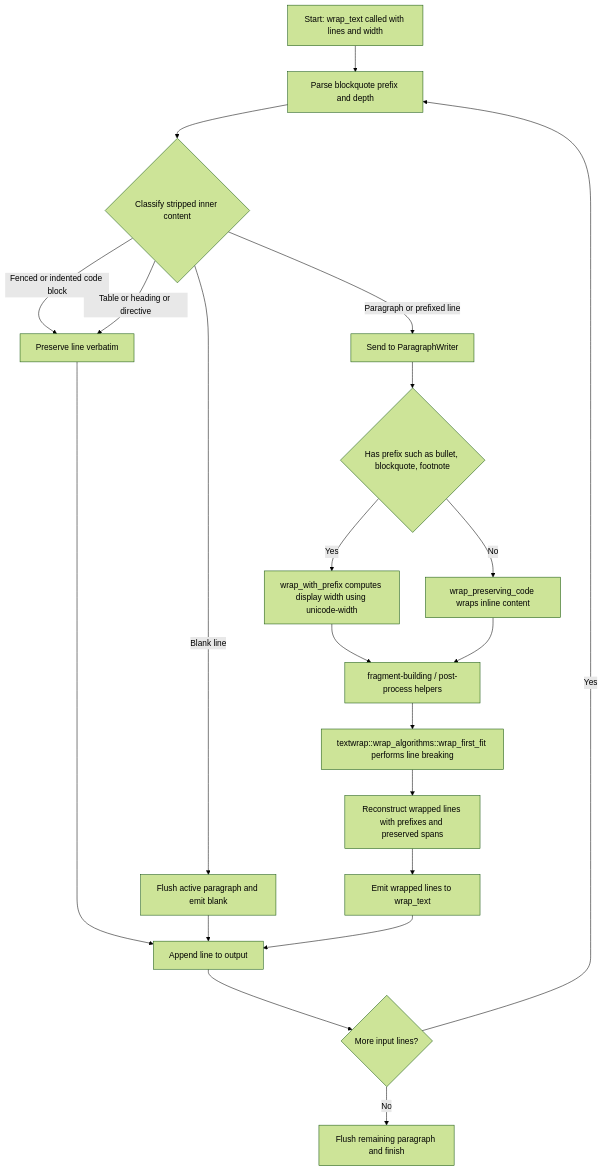
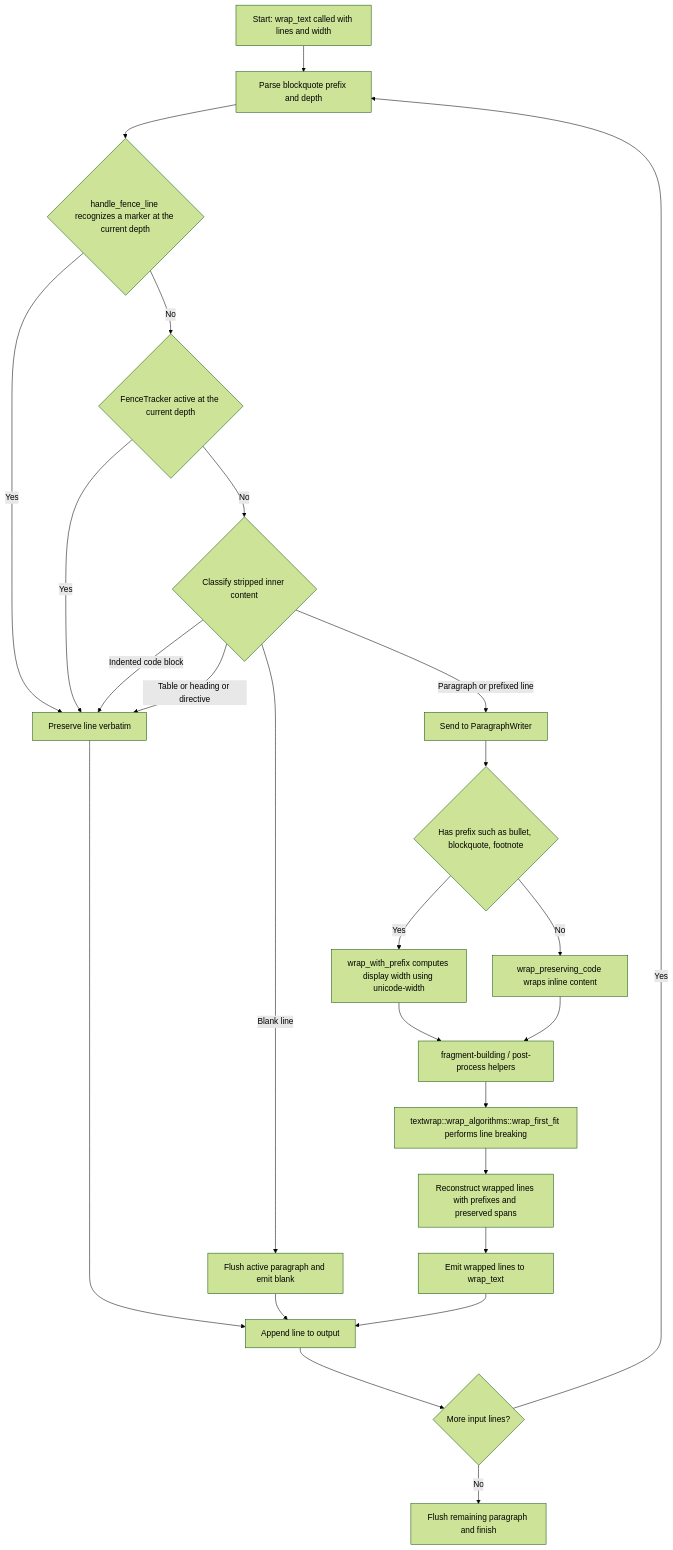
One commit to leynos/mdtablefix changed the fourth of 6 diagrams in docs/architecture.md. Above: the diagram before and after it, drawn with Mermaid (forest theme). The commit also changed other lines of this file and 16 other files, not shown here.

````diff
--- a/docs/architecture.md
+++ b/docs/architecture.md
@@ -507,29 +507,33 @@
 ```mermaid
 flowchart TD
     A[Start: wrap_text called with lines and width] --> P[Parse blockquote prefix and depth]
-    P --> B{Classify stripped inner content}
+    P --> Q{handle_fence_line recognizes a marker at the current depth}
+    Q -->|Yes| C[Preserve line verbatim]
+    Q -->|No| R{FenceTracker active at the current depth}
+    R -->|Yes| C
+    R -->|No| B{Classify stripped inner content}
 
-    B -->|Fenced or indented code block| C[Preserve line verbatim]
+    B -->|Indented code block| C
     B -->|Table or heading or directive| C
     B -->|Blank line| D[Flush active paragraph and emit blank]
     B -->|Paragraph or prefixed line| E[Send to ParagraphWriter]
 
     E --> F{Has prefix such as bullet, blockquote, footnote}
     F -->|Yes| G[wrap_with_prefix computes display width using unicode-width]
     F -->|No| H[wrap_preserving_code wraps inline content]
 
     G --> I[fragment-building / post-process helpers]
     H --> I
 
     I --> J[textwrap::wrap_algorithms::wrap_first_fit performs line breaking]
     J --> K[Reconstruct wrapped lines with prefixes and preserved spans]
     K --> L[Emit wrapped lines to wrap_text]
 
     C --> M[Append line to output]
     D --> M
     L --> M
 
     M --> N{More input lines?}
     N -->|Yes| P
     N -->|No| O[Flush remaining paragraph and finish]
 ```
````
